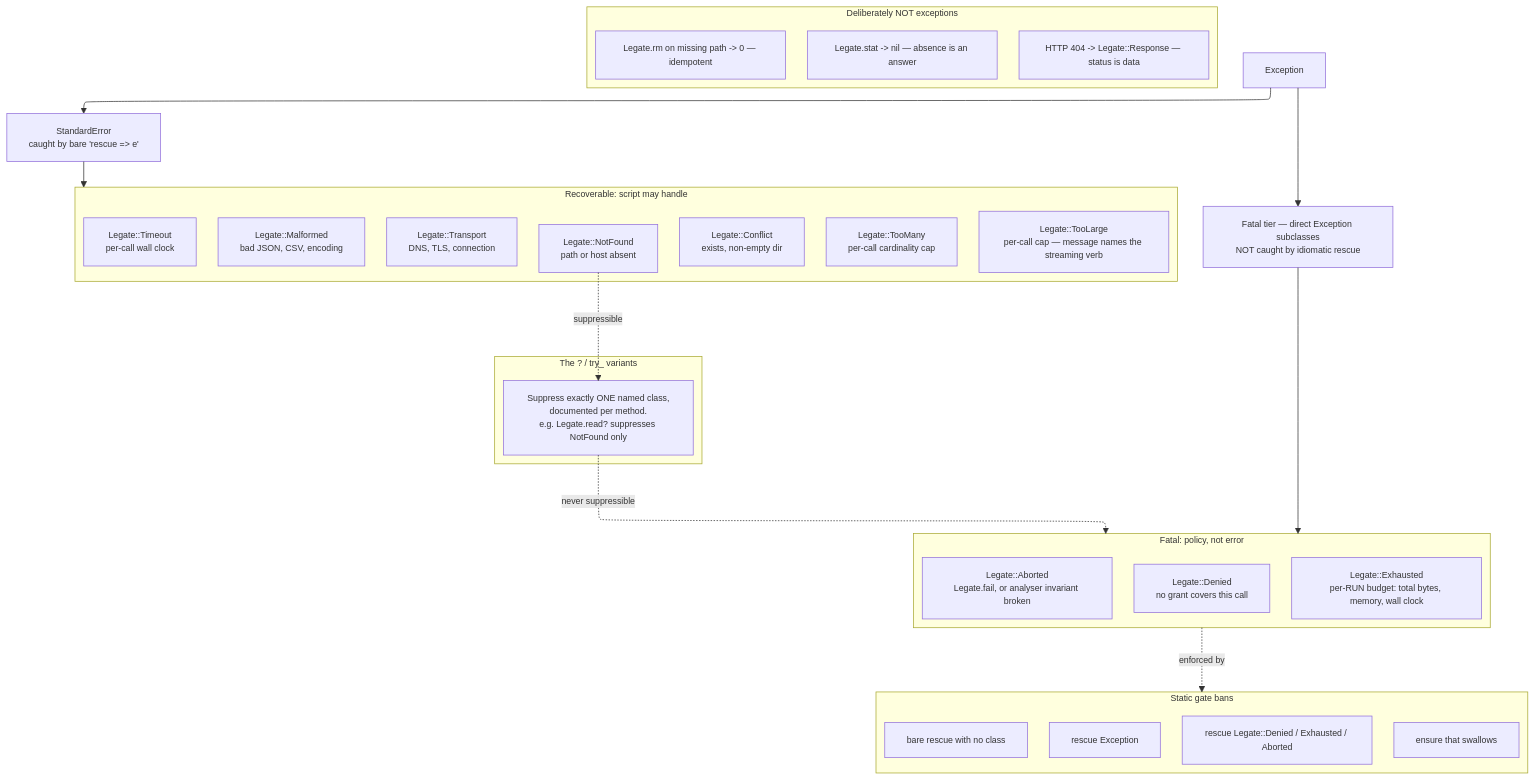
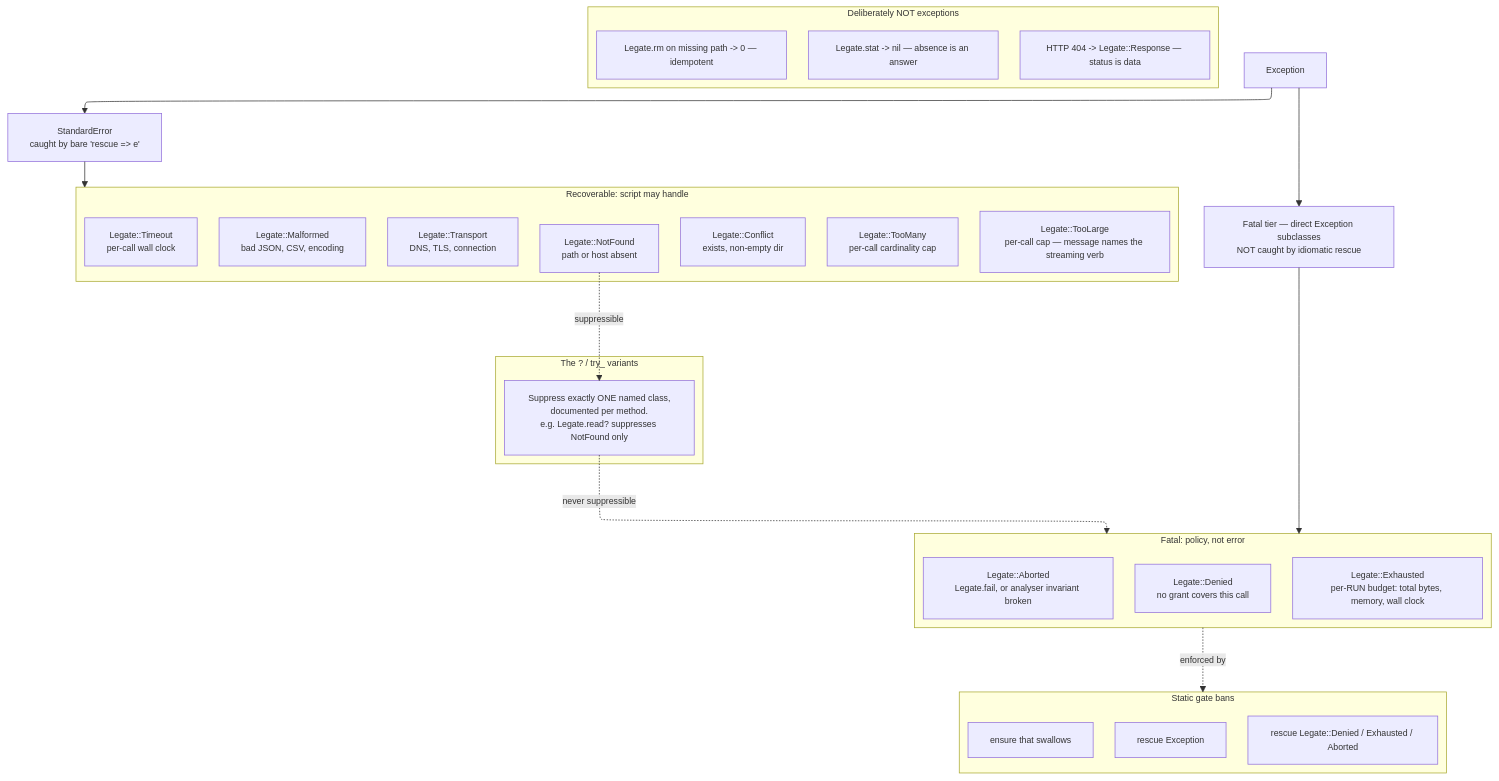
Before and after one commit to ModelArmy/adjutant.cr: the third of 3 diagrams in LEGATE.md, drawn with Mermaid. The commit also changed other lines of this file and 12 other files, not shown here.

````diff
--- a/LEGATE.md
+++ b/LEGATE.md
@@ -800,56 +788,55 @@
 ```mermaid
 ---
 displayMode: compact
 config:
   layout: elk
   themeVariables:
     fontSize: 12px
 ---
 flowchart TB
     EX["Exception"]
 
     EX --> STD["StandardError<br/>caught by bare 'rescue => e'"]
     EX --> FATAL["Fatal tier — direct Exception subclasses<br/>NOT caught by idiomatic rescue"]
 
     subgraph REC["Recoverable: script may handle"]
         NF["Legate::NotFound<br/>path or host absent"]
         MF["Legate::Malformed<br/>bad JSON, CSV, encoding"]
         TO["Legate::Timeout<br/>per-call wall clock"]
         TR["Legate::Transport<br/>DNS, TLS, connection"]
         CF["Legate::Conflict<br/>exists, non-empty dir"]
         TL["Legate::TooLarge<br/>per-call cap — message names the streaming verb"]
         TM["Legate::TooMany<br/>per-call cardinality cap"]
     end
 
     STD --> REC
 
     subgraph FAT["Fatal: policy, not error"]
         DN["Legate::Denied<br/>no grant covers this call"]
         EXH["Legate::Exhausted<br/>per-RUN budget: total bytes, memory, wall clock"]
         AB["Legate::Aborted<br/>Legate.fail, or analyser invariant broken"]
     end
 
     FATAL --> FAT
 
     subgraph SUPP["The ? / try_ variants"]
         Q["Suppress exactly ONE named class,<br/>documented per method.<br/>e.g. Legate.read? suppresses NotFound only"]
     end
 
     NF -.->|"suppressible"| Q
     Q -.->|"never suppressible"| FAT
 
     subgraph GATE["Static gate bans"]
         B1["rescue Exception"]
         B2["rescue Legate::Denied / Exhausted / Aborted"]
-        B3["bare rescue with no class"]
-        B4["ensure that swallows"]
+        B3["ensure that swallows"]
     end
 
     FAT -.->|"enforced by"| GATE
 
     subgraph NOTEX["Deliberately NOT exceptions"]
         N1["Legate.stat -> nil — absence is an answer"]
         N2["HTTP 404 -> Legate::Response — status is data"]
         N3["Legate.rm on missing path -> 0 — idempotent"]
     end
 ```
````
